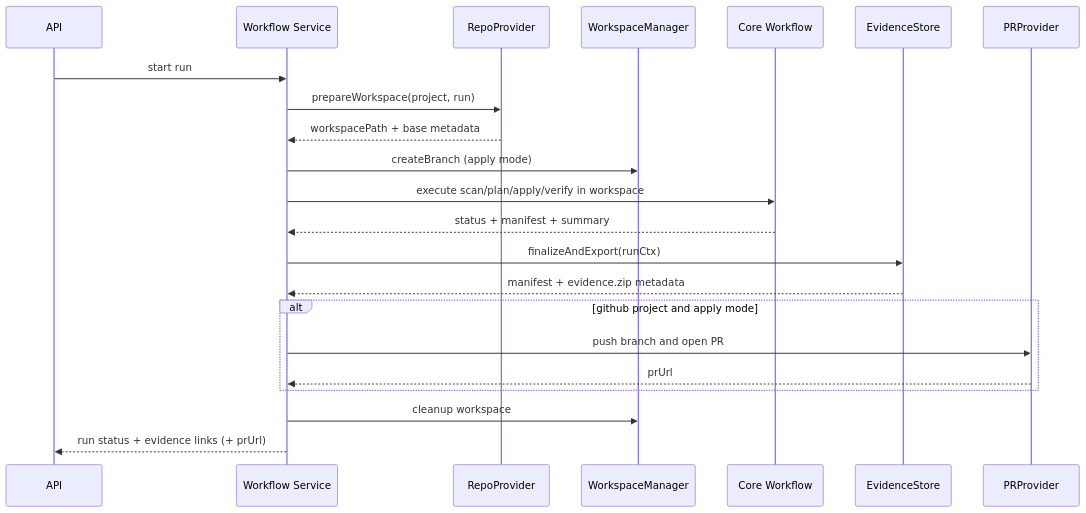
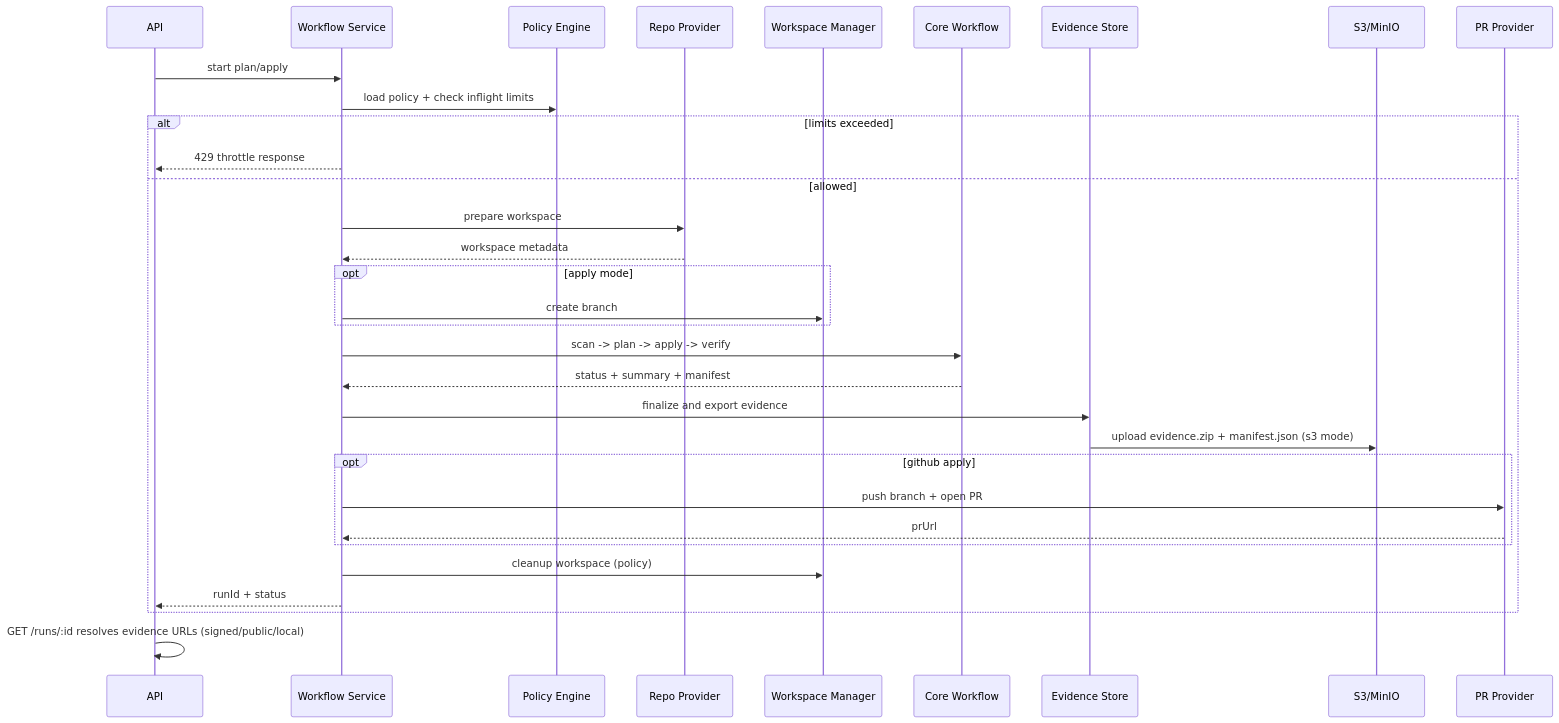
One commit to Coreledger-tech/code-porter changed the second of 2 diagrams in docs/ARCHITECTURE.md. Above: the diagram before and after it, drawn with Mermaid. The commit also changed other lines of this file and 69 other files, not shown here.

````diff
--- a/docs/ARCHITECTURE.md
+++ b/docs/ARCHITECTURE.md
@@ -27,25 +32,36 @@
 ```mermaid
 sequenceDiagram
   participant API as API
   participant SVC as Workflow Service
-  participant RP as RepoProvider
-  participant WM as WorkspaceManager
+  participant POL as Policy Engine
+  participant RP as Repo Provider
+  participant WM as Workspace Manager
   participant WF as Core Workflow
-  participant ES as EvidenceStore
-  participant PR as PRProvider
+  participant ES as Evidence Store
+  participant OBJ as S3/MinIO
+  participant PR as PR Provider
 
-  API->>SVC: start run
-  SVC->>RP: prepareWorkspace(project, run)
-  RP-->>SVC: workspacePath + base metadata
-  SVC->>WM: createBranch (apply mode)
-  SVC->>WF: execute scan/plan/apply/verify in workspace
-  WF-->>SVC: status + manifest + summary
-  SVC->>ES: finalizeAndExport(runCtx)
-  ES-->>SVC: manifest + evidence.zip metadata
-  alt github project and apply mode
-    SVC->>PR: push branch and open PR
-    PR-->>SVC: prUrl
+  API->>SVC: start plan/apply
+  SVC->>POL: load policy + check inflight limits
+  alt limits exceeded
+    SVC-->>API: 429 throttle response
+  else allowed
+    SVC->>RP: prepare workspace
+    RP-->>SVC: workspace metadata
+    opt apply mode
+      SVC->>WM: create branch
+    end
+    SVC->>WF: scan -> plan -> apply -> verify
+    WF-->>SVC: status + summary + manifest
+    SVC->>ES: finalize and export evidence
+    ES->>OBJ: upload evidence.zip + manifest.json (s3 mode)
+    opt github apply
+      SVC->>PR: push branch + open PR
+      PR-->>SVC: prUrl
+    end
+    SVC->>WM: cleanup workspace (policy)
+    SVC-->>API: runId + status
   end
-  SVC->>WM: cleanup workspace
-  SVC-->>API: run status + evidence links (+ prUrl)
+
+  API->>API: GET /runs/:id resolves evidence URLs (signed/public/local)
 ```
````
